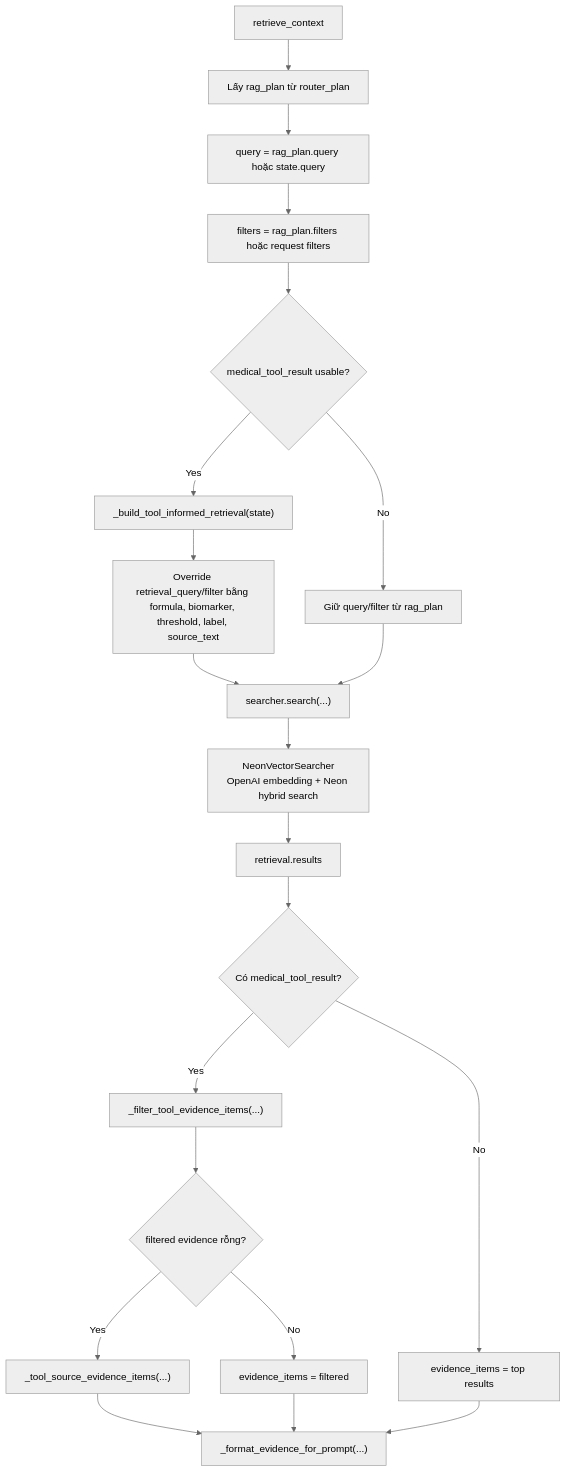
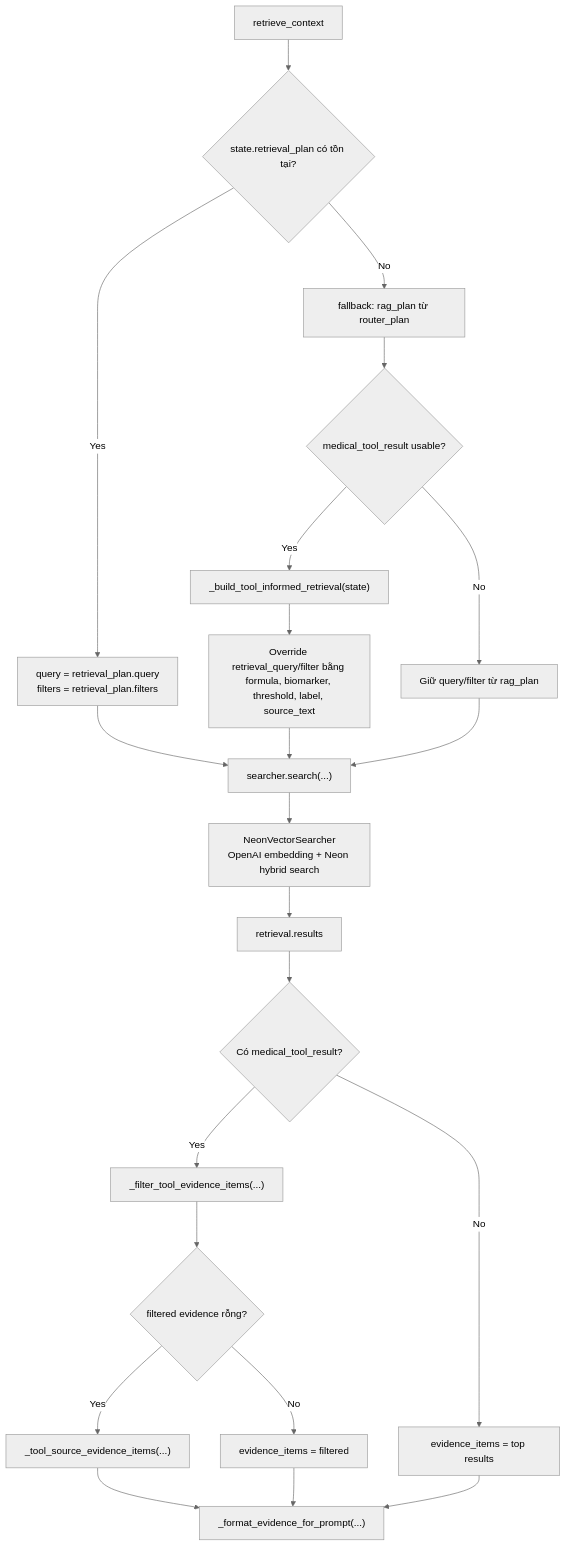
One commit to Ngoc-Quy-az1/VitalAI changed the seventh of 15 diagrams in doc/LangGraph_Tree.md. Above: the diagram before and after it, drawn with Mermaid (neutral theme). The commit also changed other lines of this file and 31 other files, not shown here.

````diff
--- a/doc/LangGraph_Tree.md
+++ b/doc/LangGraph_Tree.md
@@ -365,23 +431,24 @@
 ```mermaid
 flowchart TD
-    A["retrieve_context"] --> B["Lấy rag_plan từ router_plan"]
-    B --> C["query = rag_plan.query hoặc state.query"]
-    C --> D["filters = rag_plan.filters hoặc request filters"]
+    A["retrieve_context"] --> B{"state.retrieval_plan có tồn tại?"}
+    B -->|"Yes"| C["query = retrieval_plan.query<br/>filters = retrieval_plan.filters"]
+    B -->|"No"| D["fallback: rag_plan từ router_plan"]
     D --> E{"medical_tool_result usable?"}
     E -->|"Yes"| F["_build_tool_informed_retrieval(state)"]
     F --> G["Override retrieval_query/filter bằng formula, biomarker, threshold, label, source_text"]
     E -->|"No"| H["Giữ query/filter từ rag_plan"]
-    G --> I["searcher.search(...)"]
+    C --> I["searcher.search(...)"]
+    G --> I
     H --> I
     I --> J["NeonVectorSearcher<br/>OpenAI embedding + Neon hybrid search"]
     J --> K["retrieval.results"]
     K --> L{"Có medical_tool_result?"}
     L -->|"Yes"| M["_filter_tool_evidence_items(...)"]
     M --> N{"filtered evidence rỗng?"}
     N -->|"Yes"| O["_tool_source_evidence_items(...)"]
     N -->|"No"| P["evidence_items = filtered"]
     L -->|"No"| Q["evidence_items = top results"]
     O --> R["_format_evidence_for_prompt(...)"]
     P --> R
     Q --> R
 ```
````
